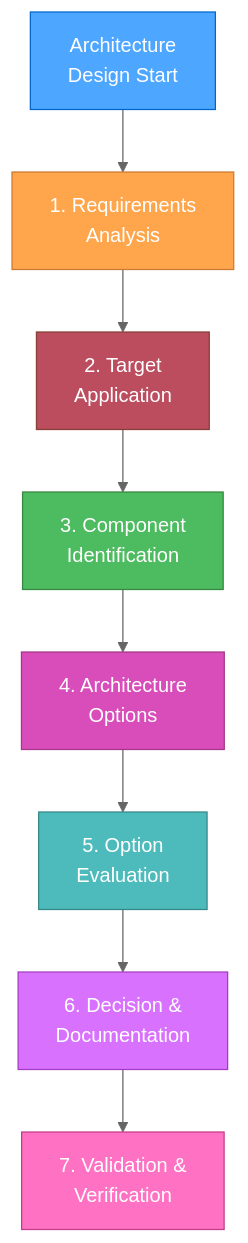
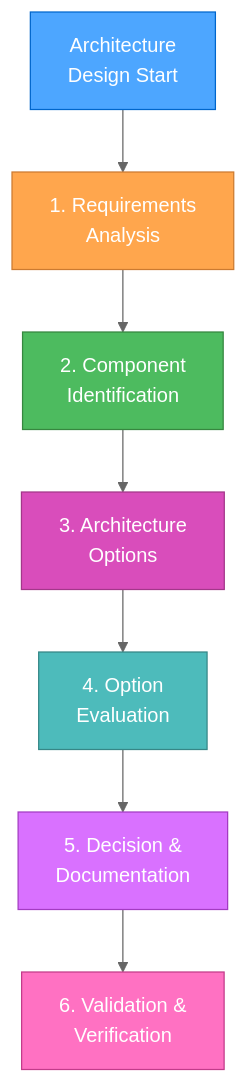
One commit to taddyorg/inkverse changed the first of 6 diagrams in .cursor/rules/isolation_rules/Phases/CreativePhase/creative-phase-architecture.mdc. Above: the diagram before and after it, drawn with Mermaid (neutral theme). The commit also changed other lines of this file and 19 other files, not shown here.

````diff
--- a/.cursor/rules/isolation_rules/Phases/CreativePhase/creative-phase-architecture.mdc
+++ b/.cursor/rules/isolation_rules/Phases/CreativePhase/creative-phase-architecture.mdc
@@ -12,19 +13,17 @@
 ```mermaid
 graph TD
     Start["Architecture<br>Design Start"] --> Req["1. Requirements<br>Analysis"]
-    Req --> Target["2. Target<br>Application"]
-    Target --> Comp["3. Component<br>Identification"]
-    Comp --> Options["4. Architecture<br>Options"]
-    Options --> Eval["5. Option<br>Evaluation"]
-    Eval --> Decision["6. Decision &<br>Documentation"]
-    Decision --> Valid["7. Validation &<br>Verification"]
+    Req --> Comp["2. Component<br>Identification"]
+    Comp --> Options["3. Architecture<br>Options"]
+    Options --> Eval["4. Option<br>Evaluation"]
+    Eval --> Decision["5. Decision &<br>Documentation"]
+    Decision --> Valid["6. Validation &<br>Verification"]
     
     style Start fill:#4da6ff,stroke:#0066cc,color:white
     style Req fill:#ffa64d,stroke:#cc7a30,color:white
     style Comp fill:#4dbb5f,stroke:#36873f,color:white
-    style Target fill:#bb4d5f,stroke:#873f36,color:white
     style Options fill:#d94dbb,stroke:#a3378a,color:white
     style Eval fill:#4dbbbb,stroke:#368787,color:white
     style Decision fill:#d971ff,stroke:#a33bc2,color:white
     style Valid fill:#ff71c2,stroke:#c23b8a,color:white
 ```
````
